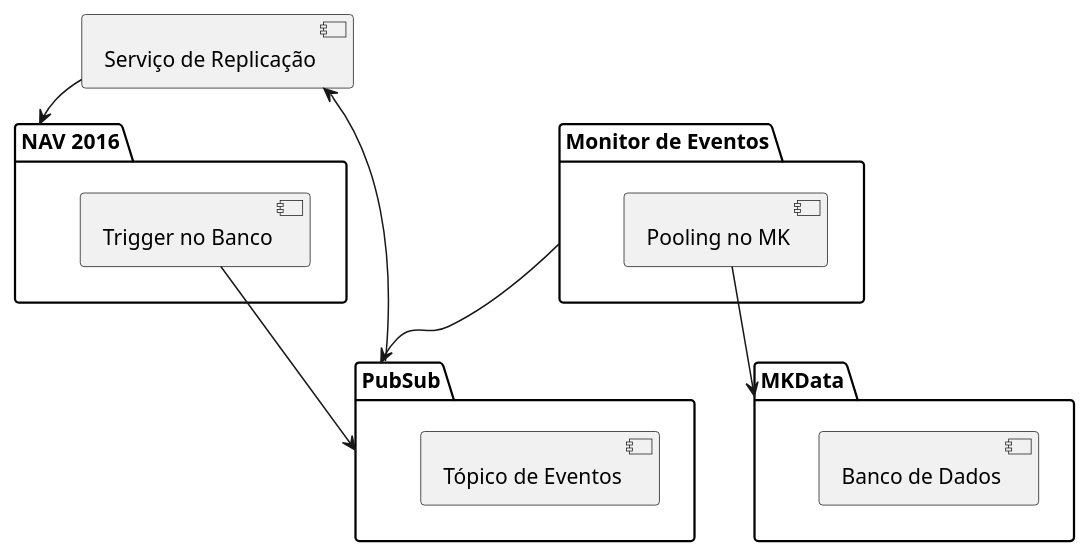
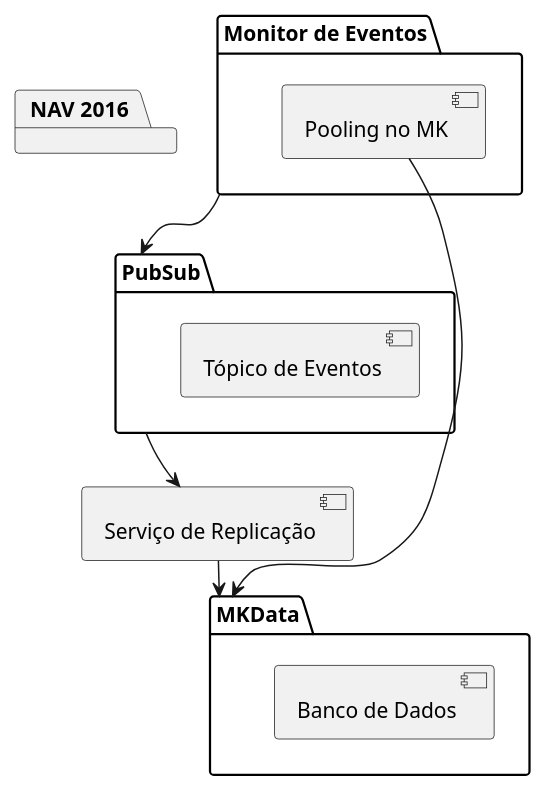
One commit to marvinho-tn/nav-2016-integration changed the seventh of 8 diagrams in Cenários de Arquitetura.md. Above: the diagram before and after it, drawn with PlantUML. The commit also changed other lines of this file, not shown here.

````diff
--- a/Cenários de Arquitetura.md
+++ b/Cenários de Arquitetura.md
@@ -161,24 +171,23 @@
 ```plantuml
 @startuml
+package "PubSub" {
+    [Tópico de Eventos]
+}
+
 package "MKData" {
     [Banco de Dados]
 }
 
 package "Monitor de Eventos" {
     [Pooling no MK] --> [MKData]
 }
 
-package "PubSub" {
-    [Tópico de Eventos]
-}
-
 package "NAV 2016" {
     [Banco de Dados]
-    [Trigger no Banco] --> [PubSub]
 }
 
 [Monitor de Eventos] --> [PubSub]
 [PubSub] --> [Serviço de Replicação]
-[Serviço de Replicação] --> [NAV 2016]
+[Serviço de Replicação] --> [MKData]
 @enduml
 ```
````
